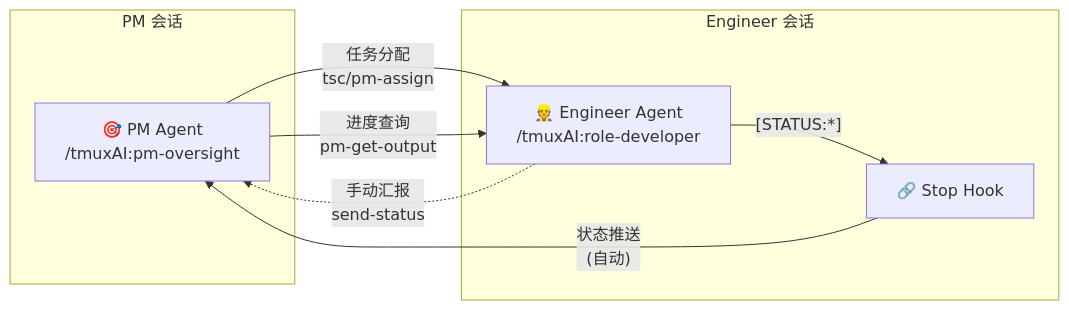
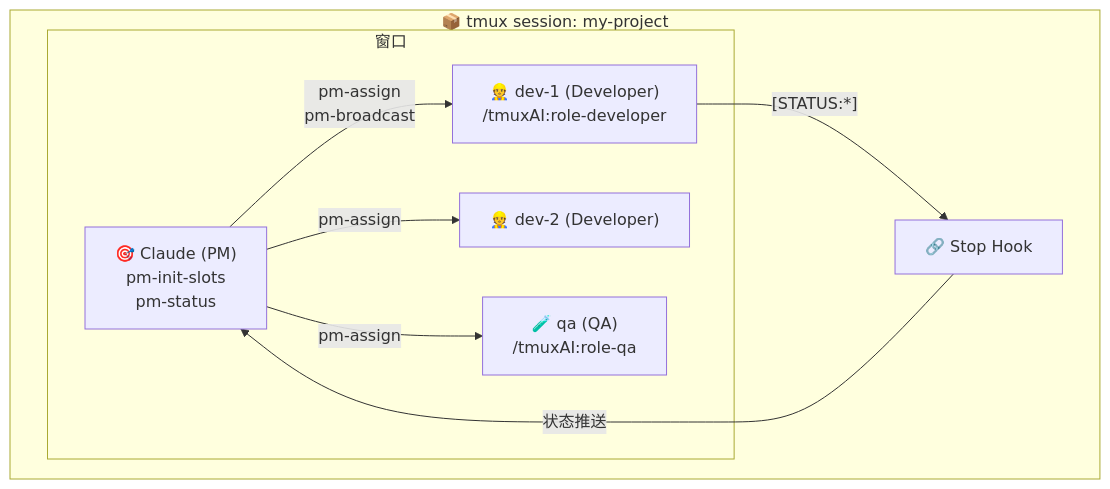
Before and after one commit to coolwoo/Tmux-AI-Team: the third of 4 diagrams in CLAUDE.md, drawn with Mermaid. The commit also changed other lines of this file and 16 other files, not shown here.

````diff
--- a/CLAUDE.md
+++ b/CLAUDE.md
@@ -167,17 +137,18 @@
 ```mermaid
-flowchart LR
-    subgraph PM_Session["PM 会话"]
-        PM["🎯 PM Agent<br/>/tmuxAI:pm-oversight"]
-    end
-
-    subgraph Eng_Session["Engineer 会话"]
-        ENG["👷 Engineer Agent<br/>/tmuxAI:role-developer"]
+flowchart TB
+    subgraph Session["📦 tmux session: my-project"]
+        subgraph Windows["窗口"]
+            PM["🎯 Claude (PM)<br/>pm-init-slots<br/>pm-status"]
+            DEV1["👷 dev-1 (Developer)<br/>/tmuxAI:role-developer"]
+            DEV2["👷 dev-2 (Developer)"]
+            QA["🧪 qa (QA)<br/>/tmuxAI:role-qa"]
+        end
         HOOK["🔗 Stop Hook"]
     end
 
-    PM -->|"任务分配<br/>tsc/pm-assign"| ENG
-    PM -->|"进度查询<br/>pm-get-output"| ENG
-    ENG -->|"[STATUS:*]"| HOOK
-    HOOK -->|"状态推送<br/>(自动)"| PM
-    ENG -.->|"手动汇报<br/>send-status"| PM
+    PM -->|"pm-assign<br/>pm-broadcast"| DEV1
+    PM -->|"pm-assign"| DEV2
+    PM -->|"pm-assign"| QA
+    DEV1 -->|"[STATUS:*]"| HOOK
+    HOOK -->|"状态推送"| PM
 ```
````
